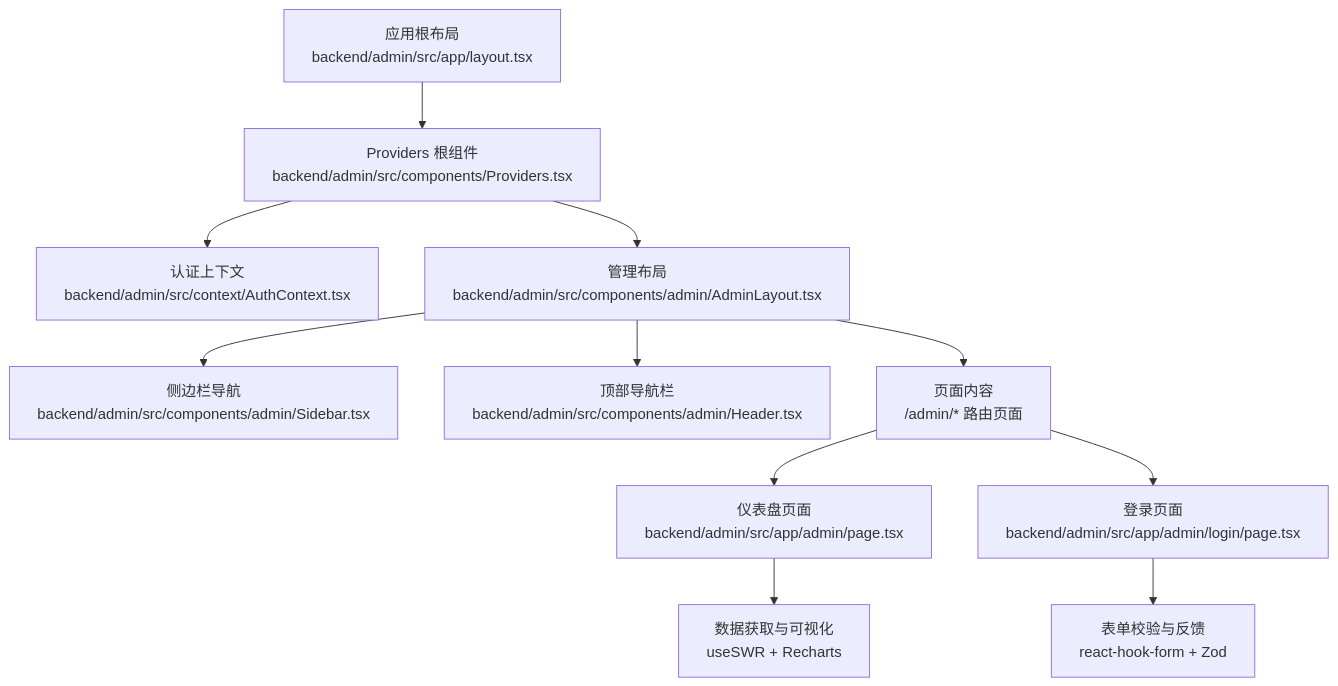
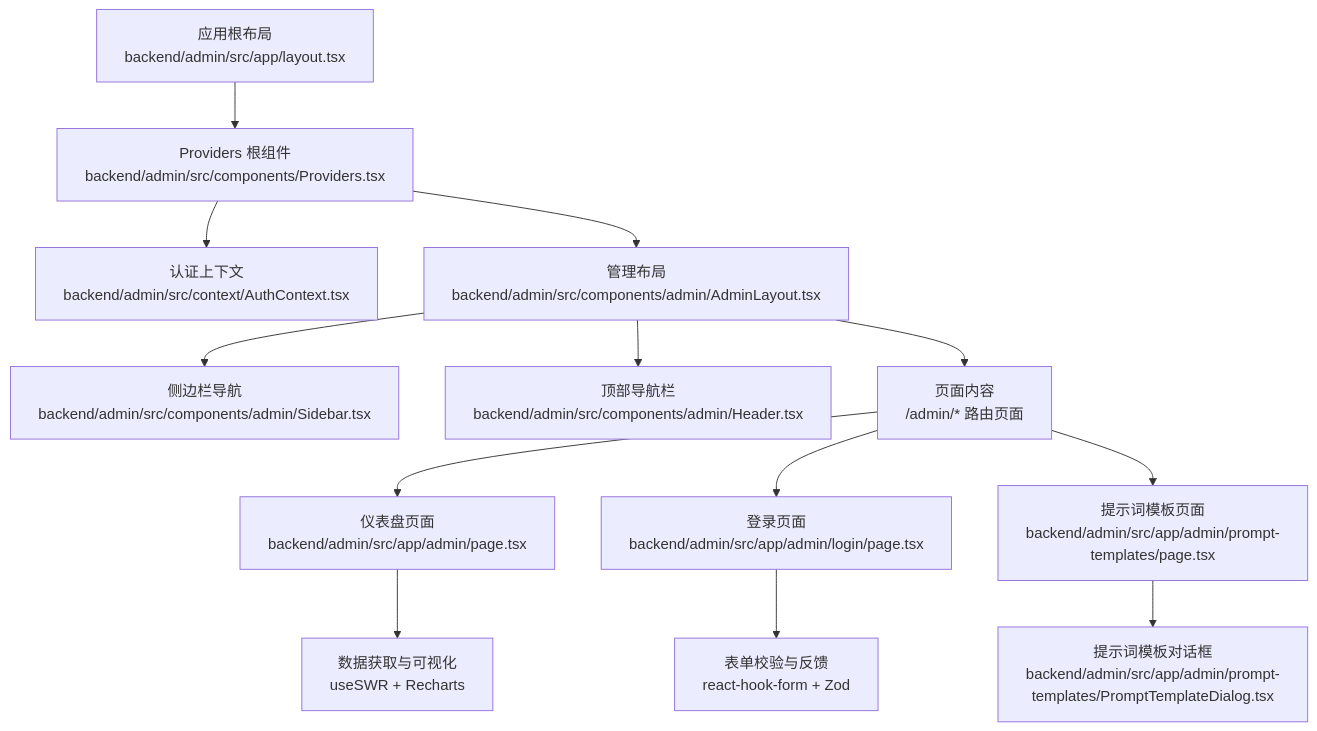
The first of 7 diagrams in .qoder/repowiki/zh/content/后台管理系统/管理界面概览.md (KunLabAI/KunFlix), drawn with Mermaid before and after one commit. The commit also changed other lines of this file and 25 other files, not shown here.

````diff
--- a/.qoder/repowiki/zh/content/后台管理系统/管理界面概览.md
+++ b/.qoder/repowiki/zh/content/后台管理系统/管理界面概览.md
@@ -38,13 +51,15 @@
 ```mermaid
 graph TB
 A["应用根布局<br/>backend/admin/src/app/layout.tsx"] --> B["Providers 根组件<br/>backend/admin/src/components/Providers.tsx"]
 B --> C["认证上下文<br/>backend/admin/src/context/AuthContext.tsx"]
 B --> D["管理布局<br/>backend/admin/src/components/admin/AdminLayout.tsx"]
 D --> E["侧边栏导航<br/>backend/admin/src/components/admin/Sidebar.tsx"]
 D --> F["顶部导航栏<br/>backend/admin/src/components/admin/Header.tsx"]
 D --> G["页面内容<br/>/admin/* 路由页面"]
 G --> H["仪表盘页面<br/>backend/admin/src/app/admin/page.tsx"]
 G --> I["登录页面<br/>backend/admin/src/app/admin/login/page.tsx"]
-H --> J["数据获取与可视化<br/>useSWR + Recharts"]
-I --> K["表单校验与反馈<br/>react-hook-form + Zod"]
+G --> J["提示词模板页面<br/>backend/admin/src/app/admin/prompt-templates/page.tsx"]
+J --> K["提示词模板对话框<br/>backend/admin/src/app/admin/prompt-templates/PromptTemplateDialog.tsx"]
+H --> L["数据获取与可视化<br/>useSWR + Recharts"]
+I --> M["表单校验与反馈<br/>react-hook-form + Zod"]
 ```
````
